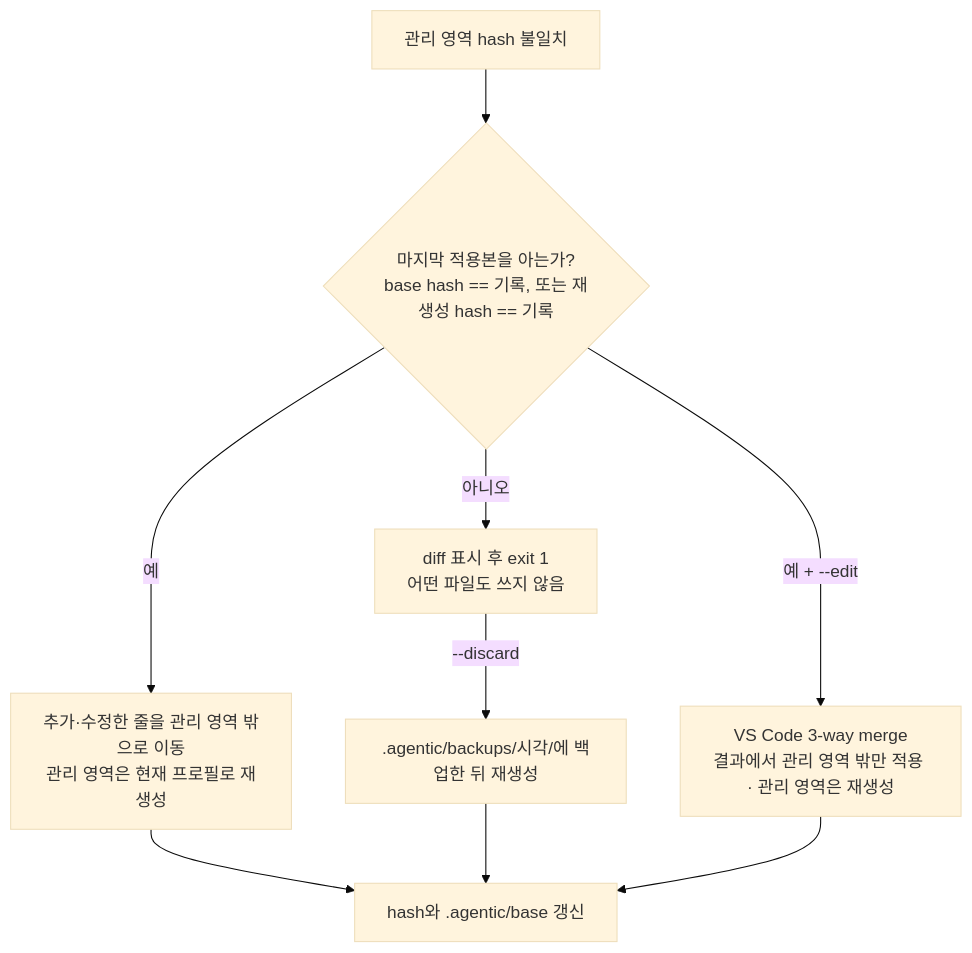
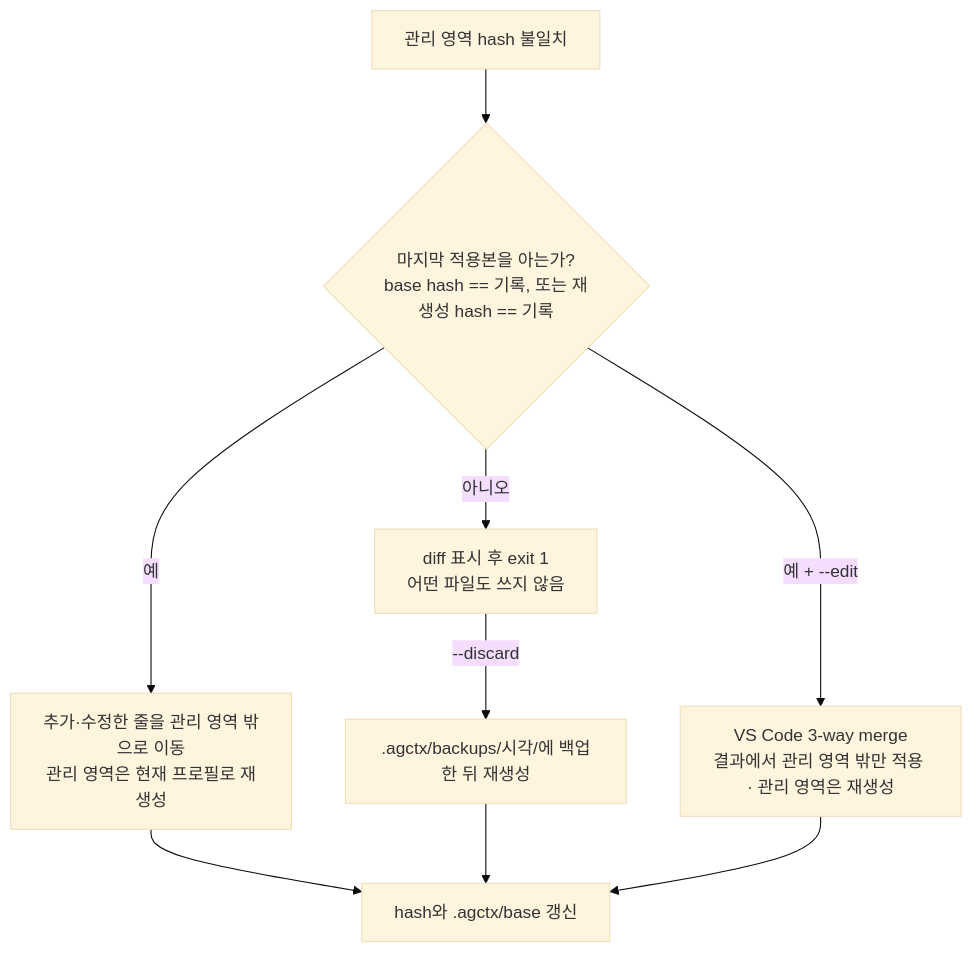
One commit to IsthisLee/agent-context-manager changed the fourth of 4 diagrams in docs/discussion/architecture/topics/managed-artifact-safety.md. Above: the diagram before and after it, drawn with Mermaid (base theme). The commit also changed other lines of this file and 73 other files, not shown here.

````diff
--- a/docs/discussion/architecture/topics/managed-artifact-safety.md
+++ b/docs/discussion/architecture/topics/managed-artifact-safety.md
@@ -210,11 +210,11 @@
 ```mermaid
 flowchart TD
   C["관리 영역 hash 불일치"] --> K{"마지막 적용본을 아는가?<br/>base hash == 기록, 또는 재생성 hash == 기록"}
   K -->|"예"| AUTO["추가·수정한 줄을 관리 영역 밖으로 이동<br/>관리 영역은 현재 프로필로 재생성"]
   K -->|"아니오"| HALT["diff 표시 후 exit 1<br/>어떤 파일도 쓰지 않음"]
-  HALT -->|"--discard"| BACKUP[".agentic/backups/시각/에 백업한 뒤 재생성"]
+  HALT -->|"--discard"| BACKUP[".agctx/backups/시각/에 백업한 뒤 재생성"]
   K -->|"예 + --edit"| EDIT["VS Code 3-way merge<br/>결과에서 관리 영역 밖만 적용 · 관리 영역은 재생성"]
-  AUTO --> WRITE["hash와 .agentic/base 갱신"]
+  AUTO --> WRITE["hash와 .agctx/base 갱신"]
   BACKUP --> WRITE
   EDIT --> WRITE
 ```
````
